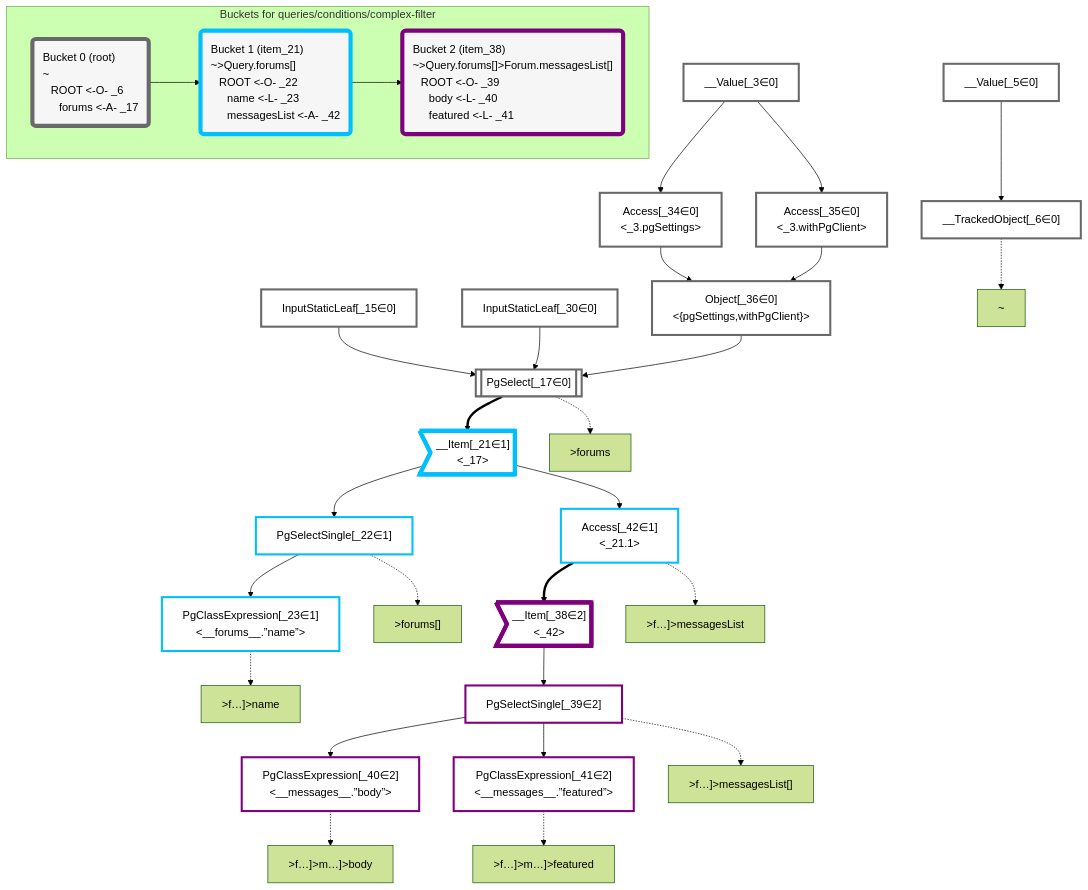
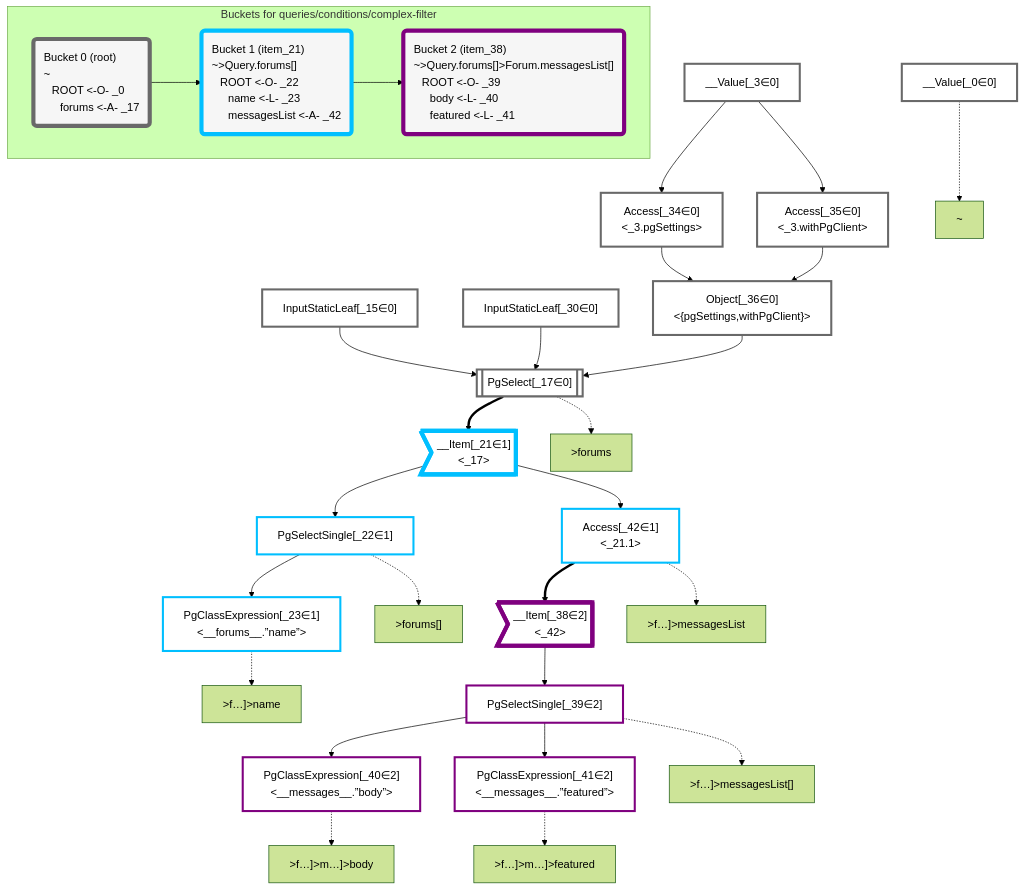
The diagram in packages/dataplan-pg/__tests__/queries/conditions/complex-filter.mermaid.md (graphile/crystal), drawn with Mermaid (forest theme) before and after one commit. The commit also changed 193 other files, not shown here.

Commit message:
Update test plan snapshots with new root plan

```diff
--- a/packages/dataplan-pg/__tests__/queries/conditions/complex-filter.mermaid.md
+++ b/packages/dataplan-pg/__tests__/queries/conditions/complex-filter.mermaid.md
@@ -8,9 +8,8 @@
 
 
     %% define plans
+    __Value_0["__Value[_0∈0]"]:::plan
     __Value_3["__Value[_3∈0]<br /><context>"]:::plan
-    __Value_5["__Value[_5∈0]<br /><rootValue>"]:::plan
-    __TrackedObject_6["__TrackedObject[_6∈0]"]:::plan
     InputStaticLeaf_15["InputStaticLeaf[_15∈0]"]:::plan
     PgSelect_17[["PgSelect[_17∈0]<br /><forums>"]]:::plan
     __Item_21>"__Item[_21∈1]<br /><_17>"]:::itemplan
@@ -27,7 +26,6 @@
     Access_42["Access[_42∈1]<br /><_21.1>"]:::plan
 
     %% plan dependencies
-    __Value_5 --> __TrackedObject_6
     Object_36 --> PgSelect_17
     InputStaticLeaf_15 --> PgSelect_17
     InputStaticLeaf_30 --> PgSelect_17
@@ -45,8 +43,8 @@
     __Item_21 --> Access_42
 
     %% plan-to-path relationships
-    P_6["~"]
-    __TrackedObject_6 -.-> P_6
+    P_0["~"]
+    __Value_0 -.-> P_0
     P_17[">forums"]
     PgSelect_17 -.-> P_17
     P_22[">forums[]"]
@@ -64,14 +62,14 @@
 
     %% allocate buckets
     classDef bucket0 stroke:#696969
-    class __Value_3,__Value_5,__TrackedObject_6,InputStaticLeaf_15,PgSelect_17,InputStaticLeaf_30,Access_34,Access_35,Object_36 bucket0
+    class __Value_0,__Value_3,InputStaticLeaf_15,PgSelect_17,InputStaticLeaf_30,Access_34,Access_35,Object_36 bucket0
     classDef bucket1 stroke:#00bfff
     class __Item_21,PgSelectSingle_22,PgClassExpression_23,Access_42 bucket1
     classDef bucket2 stroke:#7f007f
     class __Item_38,PgSelectSingle_39,PgClassExpression_40,PgClassExpression_41 bucket2
 
     subgraph "Buckets for queries/conditions/complex-filter"
-    Bucket0("Bucket 0 (root)<br />~<br />⠀ROOT <-O- _6<br />⠀⠀forums <-A- _17"):::bucket
+    Bucket0("Bucket 0 (root)<br />~<br />⠀ROOT <-O- _0<br />⠀⠀forums <-A- _17"):::bucket
     style Bucket0 stroke:#696969
     Bucket1("Bucket 1 (item_21)<br />~>Query.forums[]<br />⠀ROOT <-O- _22<br />⠀⠀name <-L- _23<br />⠀⠀messagesList <-A- _42"):::bucket
     style Bucket1 stroke:#00bfff
```
